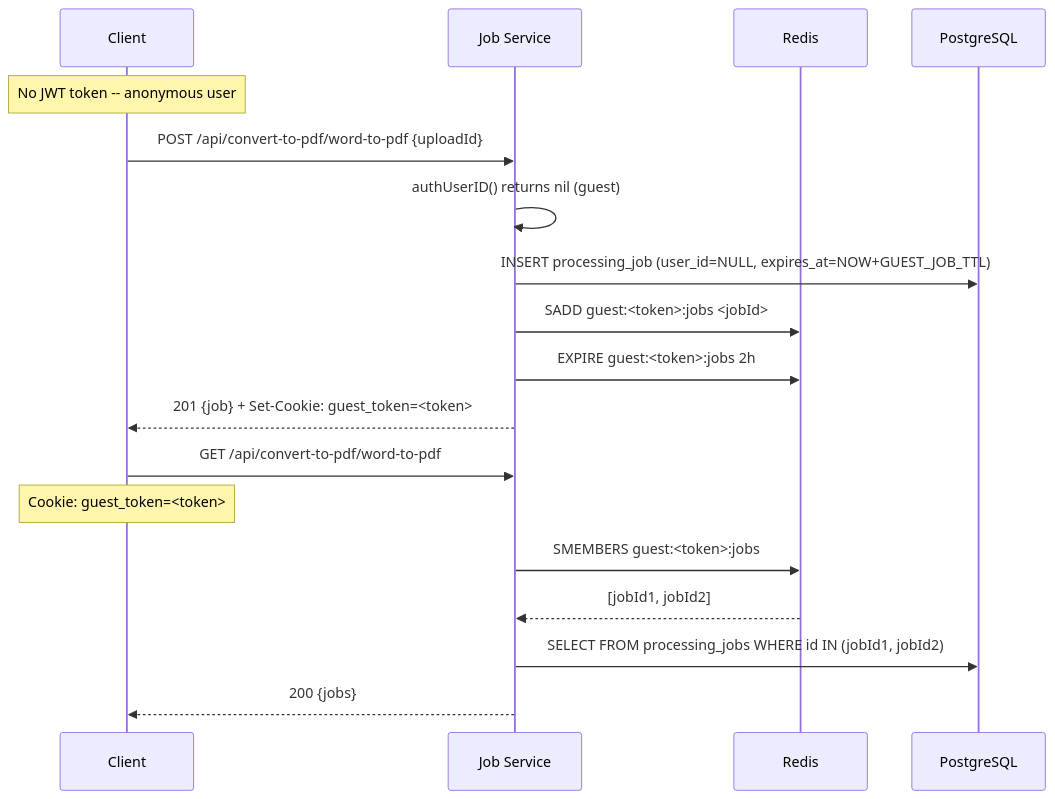
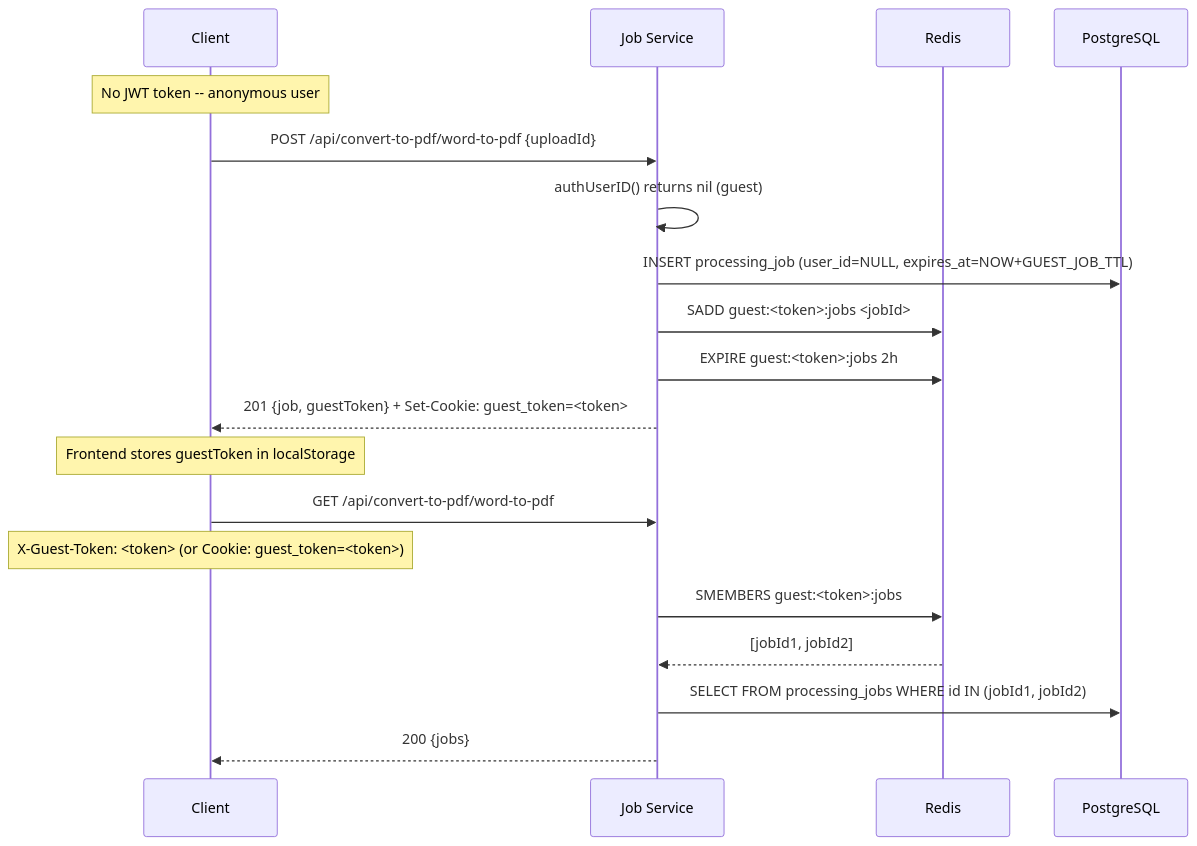
One commit to Prachidubey2003/fyredocs_backend changed the fourth of 4 diagrams in docs/services/JOB_SERVICE.md. Above: the diagram before and after it, drawn with Mermaid. The commit also changed other lines of this file and 9 other files, not shown here.

First line of the commit message:
Return guest token in job creation response and include file size in SSE events

````diff
--- a/docs/services/JOB_SERVICE.md
+++ b/docs/services/JOB_SERVICE.md
@@ -373,23 +373,24 @@
 ```mermaid
 sequenceDiagram
     participant C as Client
     participant JS as Job Service
     participant R as Redis
     participant DB as PostgreSQL
 
     Note over C: No JWT token -- anonymous user
     C->>JS: POST /api/convert-to-pdf/word-to-pdf {uploadId}
     JS->>JS: authUserID() returns nil (guest)
     JS->>DB: INSERT processing_job (user_id=NULL, expires_at=NOW+GUEST_JOB_TTL)
 
     JS->>R: SADD guest:<token>:jobs <jobId>
     JS->>R: EXPIRE guest:<token>:jobs 2h
-    JS-->>C: 201 {job} + Set-Cookie: guest_token=<token>
+    JS-->>C: 201 {job, guestToken} + Set-Cookie: guest_token=<token>
+    Note over C: Frontend stores guestToken in localStorage
 
     C->>JS: GET /api/convert-to-pdf/word-to-pdf
-    Note over C: Cookie: guest_token=<token>
+    Note over C: X-Guest-Token: <token> (or Cookie: guest_token=<token>)
     JS->>R: SMEMBERS guest:<token>:jobs
     R-->>JS: [jobId1, jobId2]
     JS->>DB: SELECT FROM processing_jobs WHERE id IN (jobId1, jobId2)
     JS-->>C: 200 {jobs}
 ```
````
